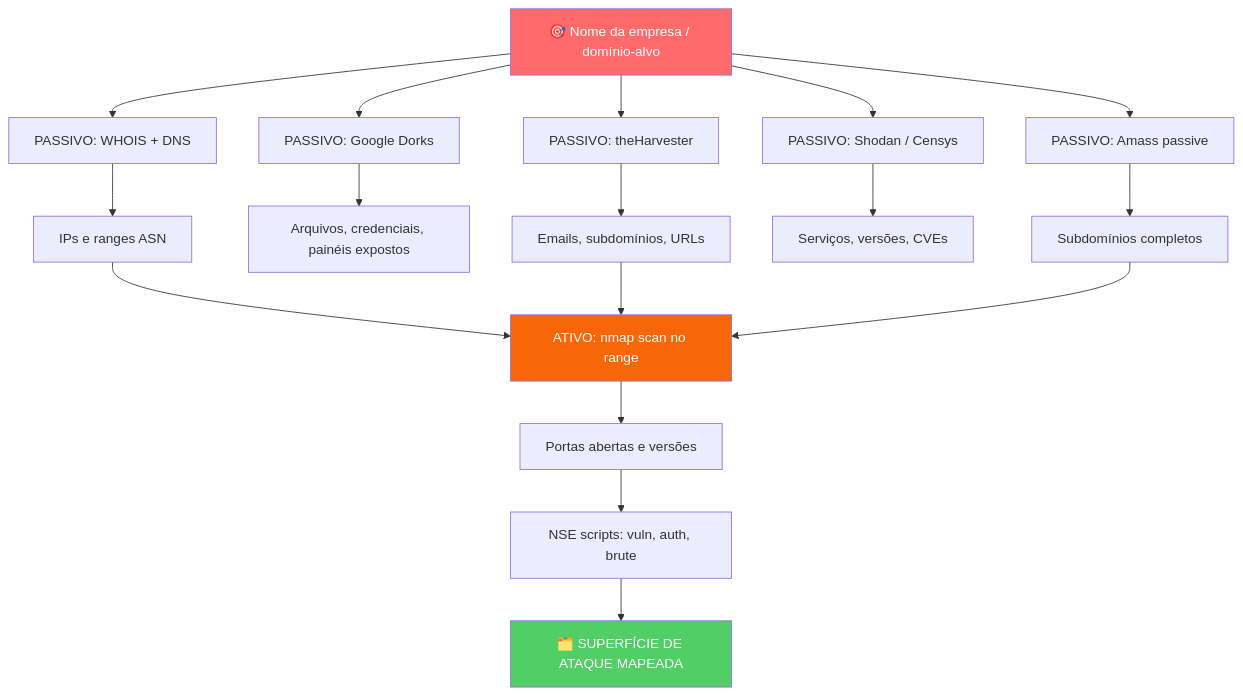
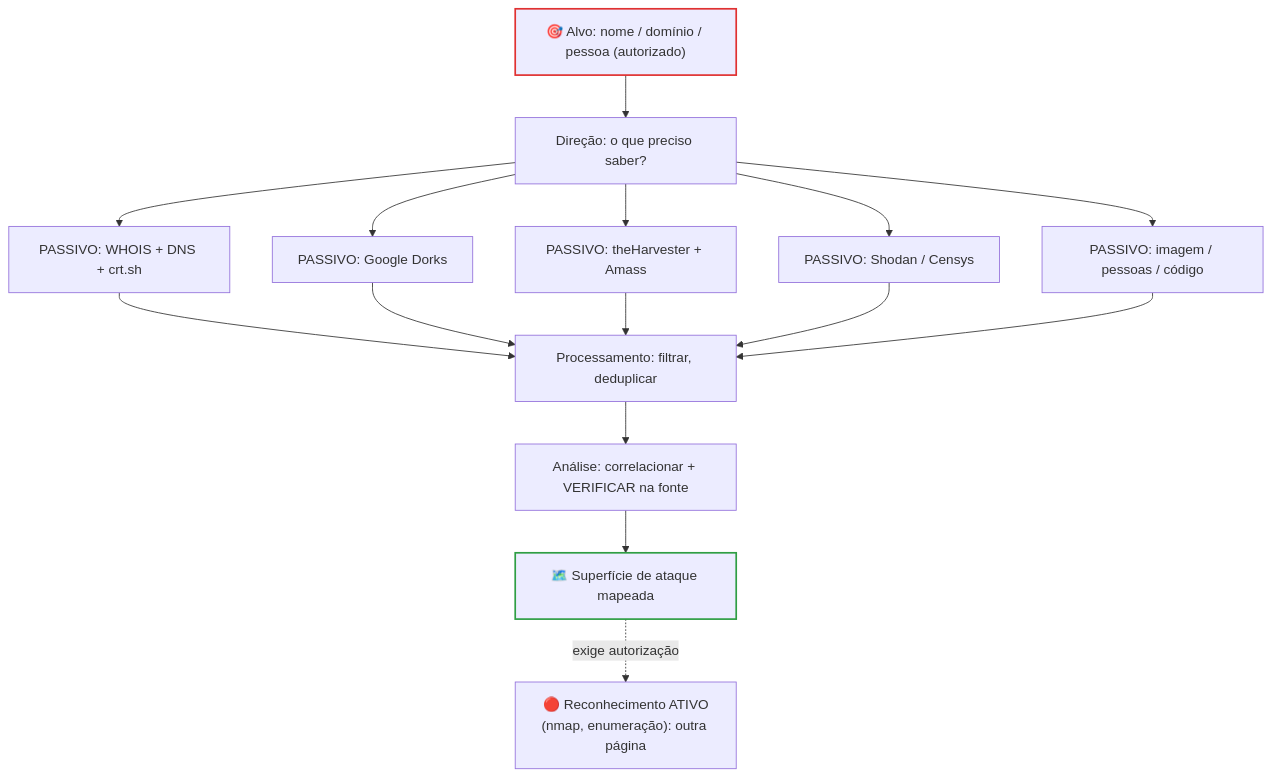
Before and after one commit to wesleyfolly/aulas: the fifth of 5 diagrams in content/Tópicos/Segurança da informação/Coleta de informações.md, drawn with Mermaid. The commit also changed other lines of this file and 3 other files, not shown here.

````diff
--- a/content/Tópicos/Segurança da informação/Coleta de informações.md
+++ b/content/Tópicos/Segurança da informação/Coleta de informações.md
@@ -704,26 +570,24 @@
 ```mermaid
-graph TD
-    A[🎯 Nome da empresa / domínio-alvo] --> B[PASSIVO: WHOIS + DNS]
-    A --> C[PASSIVO: Google Dorks]
-    A --> D[PASSIVO: theHarvester]
-    A --> E[PASSIVO: Shodan / Censys]
-    A --> F[PASSIVO: Amass passive]
+flowchart TD
+    A["🎯 Alvo: nome / domínio / pessoa (autorizado)"] --> B["Direção: o que preciso saber?"]
+    B --> C["PASSIVO: WHOIS + DNS + crt.sh"]
+    B --> D["PASSIVO: Google Dorks"]
+    B --> E["PASSIVO: theHarvester + Amass"]
+    B --> F["PASSIVO: Shodan / Censys"]
+    B --> G["PASSIVO: imagem / pessoas / código"]
 
-    B --> G[IPs e ranges ASN]
-    C --> H[Arquivos, credenciais, painéis expostos]
-    D --> I[Emails, subdomínios, URLs]
-    E --> J[Serviços, versões, CVEs]
-    F --> K[Subdomínios completos]
+    C --> H["Processamento: filtrar, deduplicar"]
+    D --> H
+    E --> H
+    F --> H
+    G --> H
 
-    G --> L[ATIVO: nmap scan no range]
-    I --> L
-    K --> L
+    H --> I["Análise: correlacionar + VERIFICAR na fonte"]
+    I --> J["🗺️ Superfície de ataque mapeada"]
+    J -. "exige autorização" .-> K["🔴 Reconhecimento ATIVO<br/>(nmap, enumeração): outra página"]
 
-    L --> M[Portas abertas e versões]
-    M --> N[NSE scripts: vuln, auth, brute]
-    N --> O[🗂️ SUPERFÍCIE DE ATAQUE MAPEADA]
-
-    style A fill:#ff6b6b,color:#fff
-    style O fill:#51cf66,color:#fff
-    style L fill:#f76707,color:#fff
+    classDef alvo stroke:#e03131,stroke-width:2px
+    classDef fim stroke:#2f9e44,stroke-width:2px
+    class A alvo
+    class J fim
 ```
````
